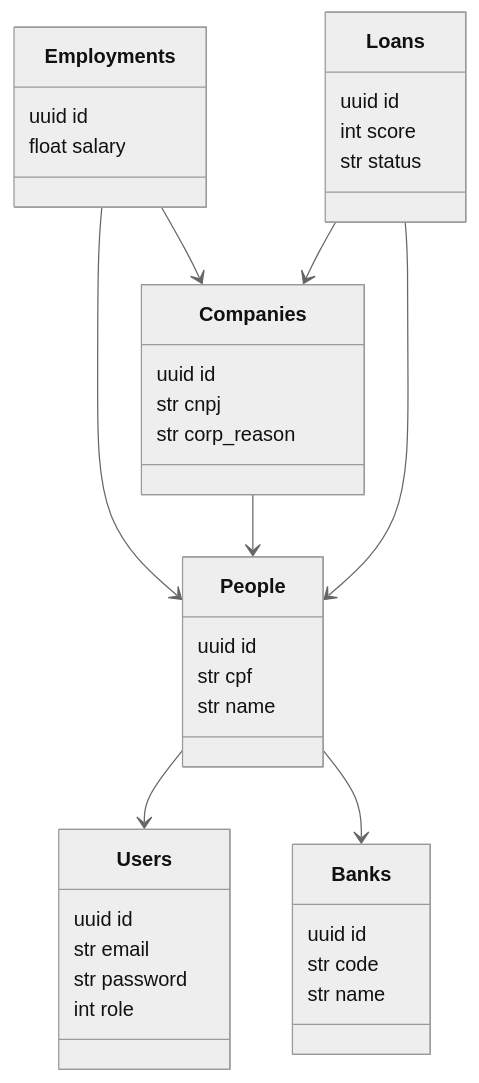
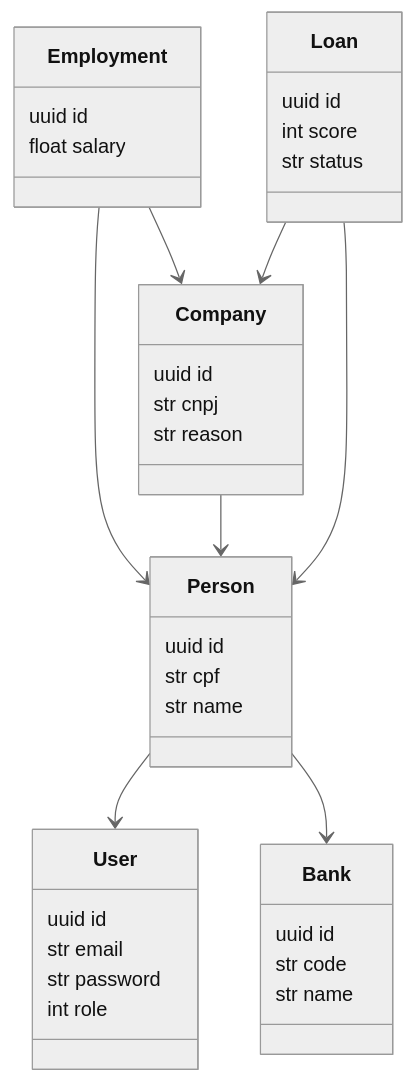
Before and after one commit to artphil/auto_credit: the diagram in README.md, drawn with Mermaid (neutral theme).

Commit message:
doc: rename entities

````diff
--- a/README.md
+++ b/README.md
@@ -39,29 +39,29 @@
 ```mermaid
 classDiagram
-People: uuid id
-People: str cpf
-People: str name
-Users: uuid id
-Users: str email
-Users: str password
-Users: int role
-Companies: uuid id
-Companies: str cnpj
-Companies: str corp_reason
-Employments: uuid id
-Employments: float salary
-Banks: uuid id
-Banks: str code
-Banks: str name
-Loans: uuid id
-Loans: int score
-Loans: str status
+Person: uuid id
+Person: str cpf
+Person: str name
+User: uuid id
+User: str email
+User: str password
+User: int role
+Company: uuid id
+Company: str cnpj
+Company: str reason
+Employment: uuid id
+Employment: float salary
+Bank: uuid id
+Bank: str code
+Bank: str name
+Loan: uuid id
+Loan: int score
+Loan: str status
 
-People --> Users
-Employments --> People
-Employments --> Companies
-Companies --> People
-People --> Banks
-Loans --> People
-Loans --> Companies
+Person --> User
+Employment --> Person
+Employment --> Company
+Company --> Person
+Person --> Bank
+Loan --> Person
+Loan --> Company
 ```
````
